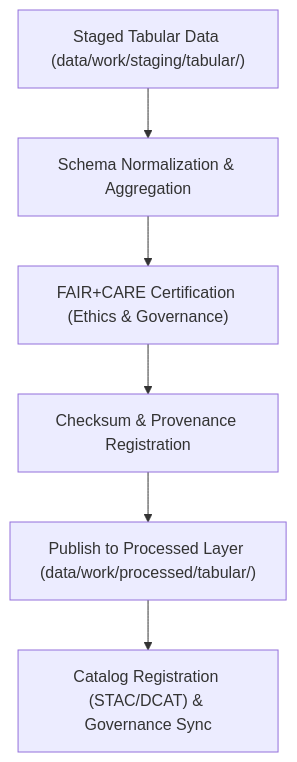
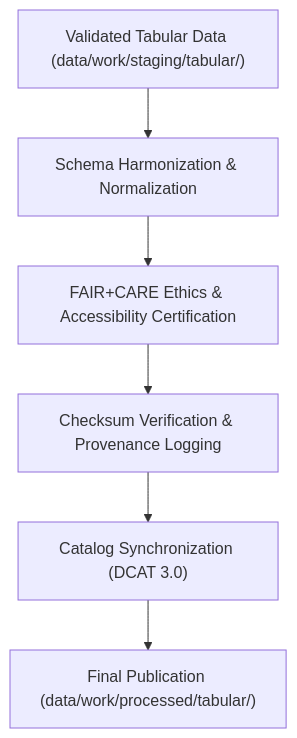
Before and after one commit to bartytime4life/Kansas-Frontier-Matrix: the diagram in data/work/processed/tabular/README.md, drawn with Mermaid. The commit also changed other lines of this file, not shown here.

````diff
--- a/data/work/processed/tabular/README.md
+++ b/data/work/processed/tabular/README.md
@@ -67,8 +63,8 @@
 ```mermaid
 flowchart TD
-    A["Staged Tabular Data (data/work/staging/tabular/)"] --> B["Schema Normalization & Aggregation"]
-    B --> C["FAIR+CARE Certification (Ethics & Governance)"]
-    C --> D["Checksum & Provenance Registration"]
-    D --> E["Publish to Processed Layer (data/work/processed/tabular/)"]
-    E --> F["Catalog Registration (STAC/DCAT) & Governance Sync"]
+    A["Validated Tabular Data (data/work/staging/tabular/)"] --> B["Schema Harmonization & Normalization"]
+    B --> C["FAIR+CARE Ethics & Accessibility Certification"]
+    C --> D["Checksum Verification & Provenance Logging"]
+    D --> E["Catalog Synchronization (DCAT 3.0)"]
+    E --> F["Final Publication (data/work/processed/tabular/)"]
 ```
````
